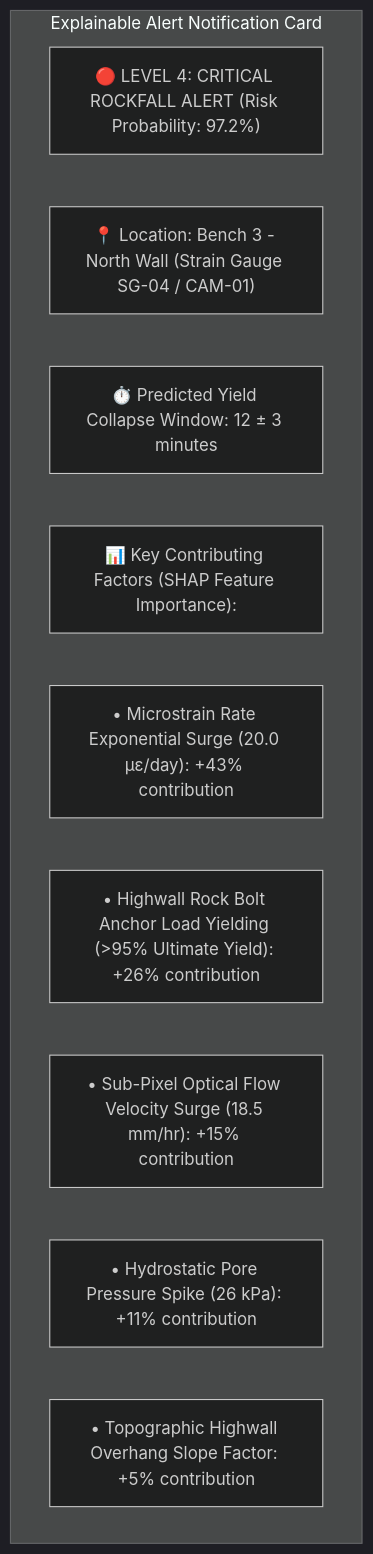
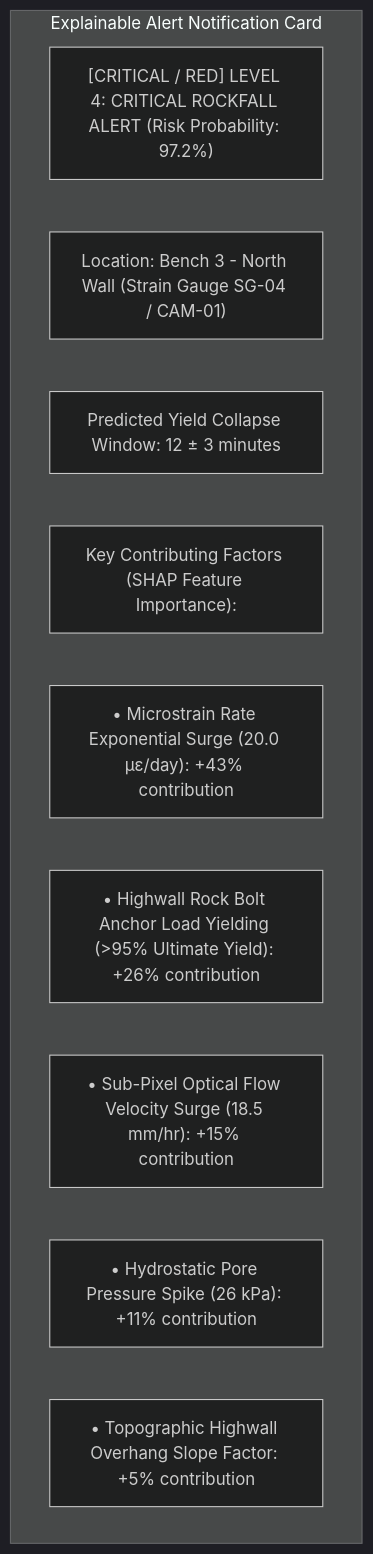
One commit to angelverman2021-a11y/Report changed the sixth of 8 diagrams in docs/14_Strain_Gauges.md. Above: the diagram before and after it, drawn with Mermaid (dark theme). The commit also changed other lines of this file and 32 other files, not shown here.

````diff
--- a/docs/14_Strain_Gauges.md
+++ b/docs/14_Strain_Gauges.md
@@ -384,14 +384,14 @@
 ```mermaid
 graph TD
-    subgraph Explainable Alert Notification Card
-        A["🔴 LEVEL 4: CRITICAL ROCKFALL ALERT (Risk Probability: 97.2%)"]
-        B["📍 Location: Bench 3 - North Wall (Strain Gauge SG-04 / CAM-01)"]
-        C["⏱️ Predicted Yield Collapse Window: 12 ± 3 minutes"]
-        D["📊 Key Contributing Factors (SHAP Feature Importance):"]
-        D1["• Microstrain Rate Exponential Surge (20.0 µε/day): +43% contribution"]
-        D2["• Highwall Rock Bolt Anchor Load Yielding (>95% Ultimate Yield): +26% contribution"]
-        D3["• Sub-Pixel Optical Flow Velocity Surge (18.5 mm/hr): +15% contribution"]
-        D4["• Hydrostatic Pore Pressure Spike (26 kPa): +11% contribution"]
-        D5["• Topographic Highwall Overhang Slope Factor: +5% contribution"]
-    end
+ subgraph Explainable Alert Notification Card
+ A["[CRITICAL / RED] LEVEL 4: CRITICAL ROCKFALL ALERT (Risk Probability: 97.2%)"]
+ B[" Location: Bench 3 - North Wall (Strain Gauge SG-04 / CAM-01)"]
+ C[" Predicted Yield Collapse Window: 12 ± 3 minutes"]
+ D[" Key Contributing Factors (SHAP Feature Importance):"]
+ D1["• Microstrain Rate Exponential Surge (20.0 µε/day): +43% contribution"]
+ D2["• Highwall Rock Bolt Anchor Load Yielding (>95% Ultimate Yield): +26% contribution"]
+ D3["• Sub-Pixel Optical Flow Velocity Surge (18.5 mm/hr): +15% contribution"]
+ D4["• Hydrostatic Pore Pressure Spike (26 kPa): +11% contribution"]
+ D5["• Topographic Highwall Overhang Slope Factor: +5% contribution"]
+ end
 ```
````
